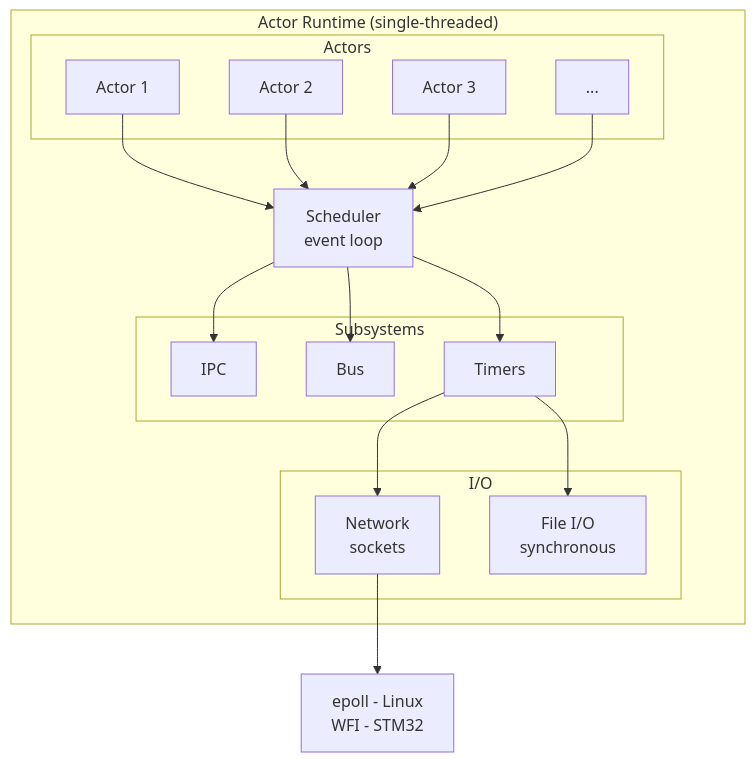
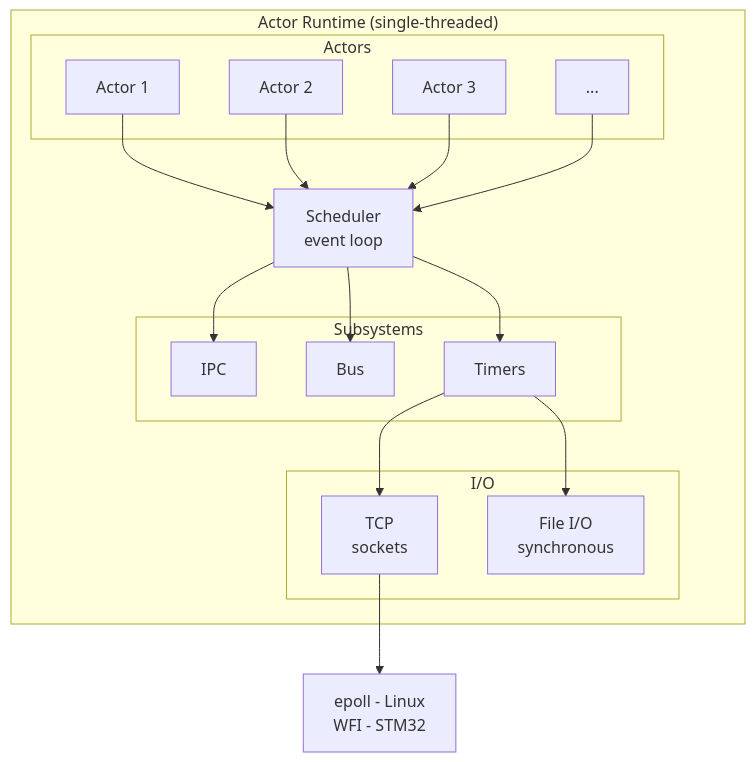
Before and after one commit to joagre/hive: the diagram in spec/design.md, drawn with Mermaid. The commit also changed other lines of this file and 49 other files, not shown here.

First line of the commit message:
Rename net -> tcp and remove redundant HAL platform suffixes

````diff
--- a/spec/design.md
+++ b/spec/design.md
@@ -277,33 +277,33 @@
 ```mermaid
 graph TB
     subgraph RUNTIME["Actor Runtime (single-threaded)"]
         subgraph ACTORS["Actors"]
             A1[Actor 1]
             A2[Actor 2]
             A3[Actor 3]
             AN[...]
         end
 
         SCHED[Scheduler<br/>event loop]
 
         A1 & A2 & A3 & AN --> SCHED
 
         subgraph SUBSYSTEMS["Subsystems"]
             IPC[IPC]
             BUS[Bus]
             TIMERS[Timers]
         end
 
         SCHED --> IPC & BUS & TIMERS
 
         subgraph IO["I/O"]
-            NET[Network<br/>sockets]
+            NET[TCP<br/>sockets]
             FILE[File I/O<br/>synchronous]
         end
 
         TIMERS --> NET & FILE
     end
 
     PLATFORM[epoll - Linux<br/>WFI - STM32]
     NET --> PLATFORM
 ```
````
